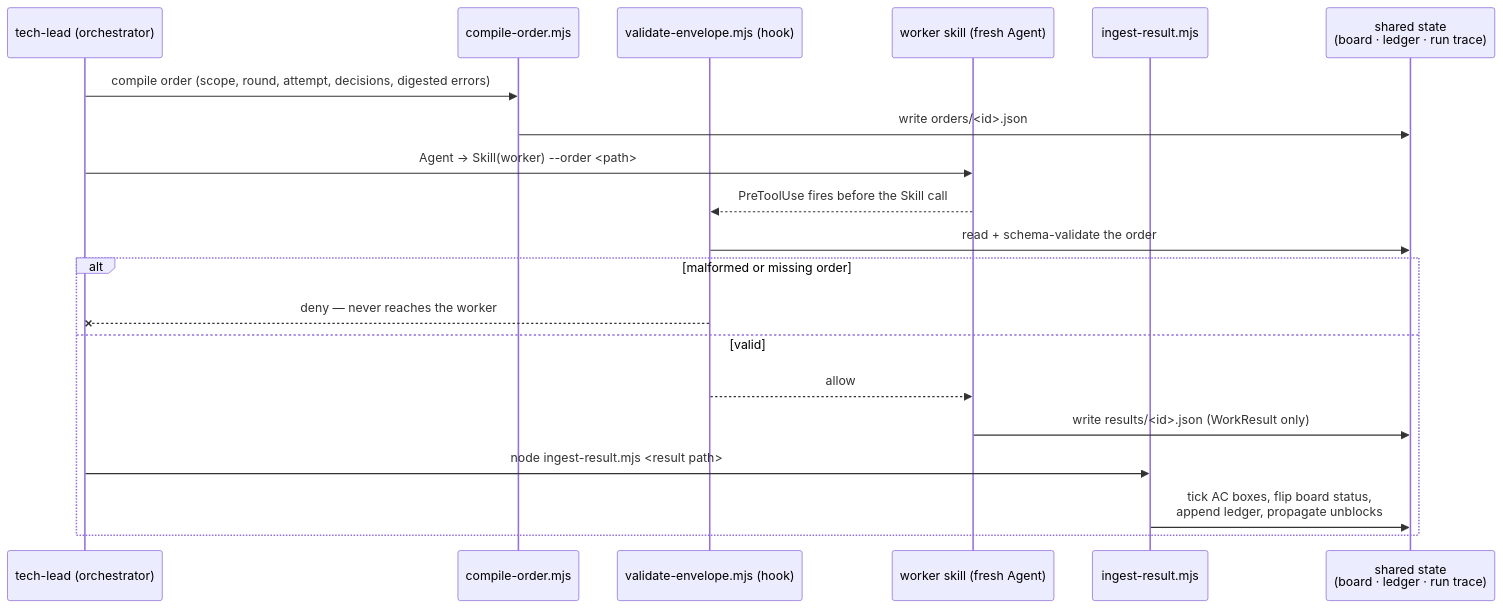
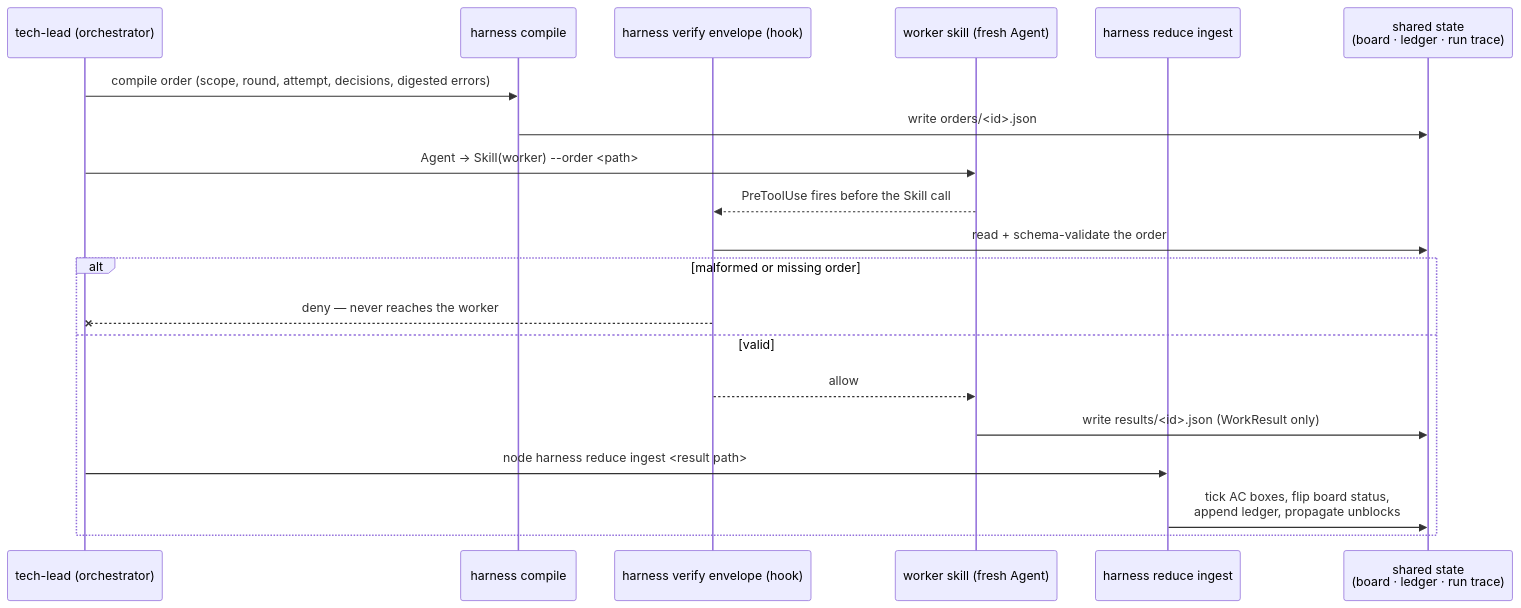
Before and after one commit to nguyenvanphituoc/shapeup-sdlc-plugin: the first of 3 diagrams in docs/design/03-system-design.md, drawn with Mermaid. The commit also changed other lines of this file and 113 other files, not shown here.

````diff
--- a/docs/design/03-system-design.md
+++ b/docs/design/03-system-design.md
@@ -16,23 +16,23 @@
 ```mermaid
 sequenceDiagram
     participant TL as tech-lead (orchestrator)
-    participant CO as compile-order.mjs
-    participant VE as validate-envelope.mjs (hook)
+    participant CO as harness compile
+    participant VE as harness verify envelope (hook)
     participant W as worker skill (fresh Agent)
-    participant IR as ingest-result.mjs
+    participant IR as harness reduce ingest
     participant FS as shared state<br/>(board · ledger · run trace)
 
     TL->>CO: compile order (scope, round, attempt, decisions, digested errors)
     CO->>FS: write orders/<id>.json
     TL->>W: Agent → Skill(worker) --order <path>
     W-->>VE: PreToolUse fires before the Skill call
     VE->>FS: read + schema-validate the order
     alt malformed or missing order
         VE--xTL: deny — never reaches the worker
     else valid
         VE-->>W: allow
         W->>FS: write results/<id>.json (WorkResult only)
-        TL->>IR: node ingest-result.mjs <result path>;
+        TL->>IR: node harness reduce ingest <result path>;
         IR->>FS: tick AC boxes, flip board status,<br/>append ledger, propagate unblocks
     end
 ```
````
